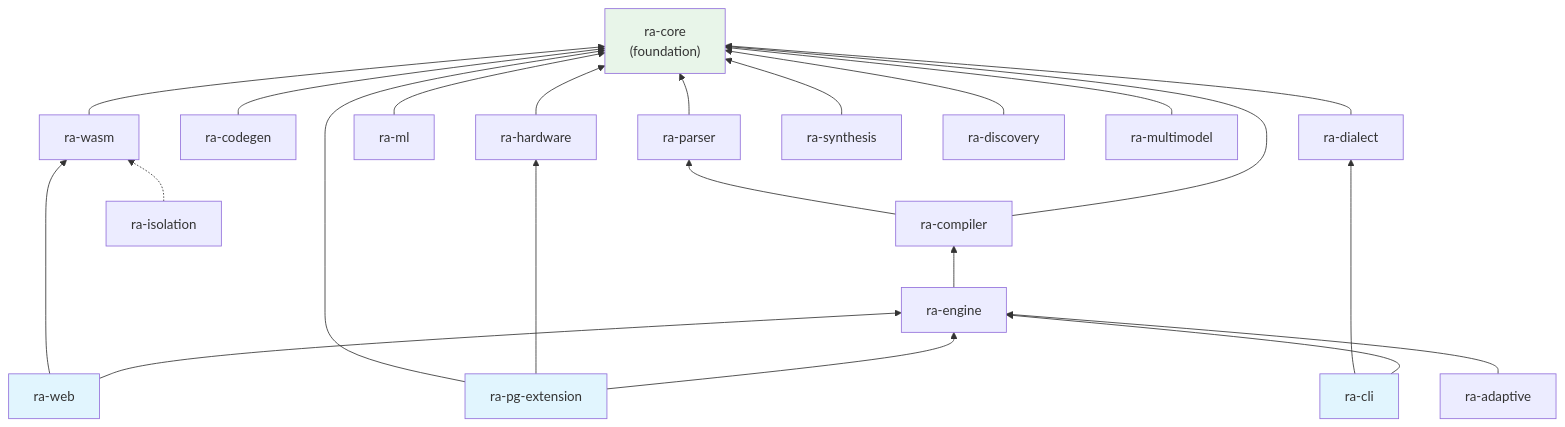
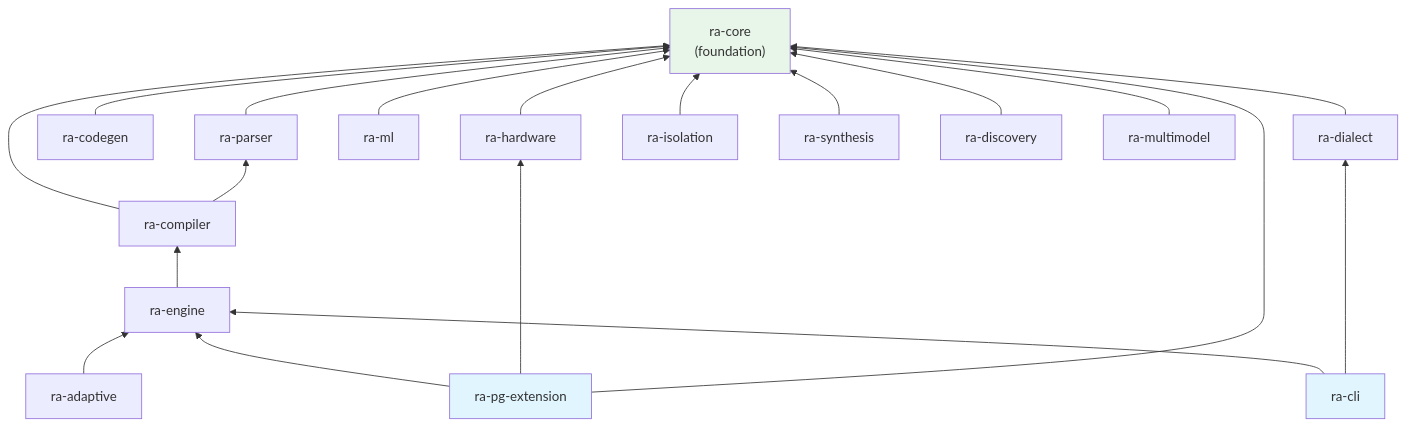
One commit to gburd/ra changed the third of 7 diagrams in docs/features/platform-architecture.md. Above: the diagram before and after it, drawn with Mermaid. The commit also changed other lines of this file and 49 other files, not shown here.

First line of the commit message:
update documentation for layered architecture reorganization

````diff
--- a/docs/features/platform-architecture.md
+++ b/docs/features/platform-architecture.md
@@ -87,30 +76,26 @@
 ```mermaid
 graph BT
     Core["ra-core<br/>(foundation)"]
     Parser["ra-parser"] --> Core
     Compiler["ra-compiler"] --> Core
     Compiler --> Parser
     Engine["ra-engine"] --> Compiler
     Codegen["ra-codegen"] --> Core
     Hardware["ra-hardware"] --> Core
     ML["ra-ml"] --> Core
     Adaptive["ra-adaptive"] --> Engine
     Dialect["ra-dialect"] --> Core
-    WasmCrate["ra-wasm"] --> Core
-    Isolation["ra-isolation"] -.-> WasmCrate
+    Isolation["ra-isolation"] --> Core
     Synthesis["ra-synthesis"] --> Core
     Discovery["ra-discovery"] --> Core
     Multimodel["ra-multimodel"] --> Core
     PGExt["ra-pg-extension"] --> Engine
     PGExt --> Hardware
     PGExt --> Core
     CLI["ra-cli"] --> Engine
     CLI --> Dialect
-    WebCrate["ra-web"] --> Engine
-    WebCrate --> WasmCrate
 
     style Core fill:#e8f5e9
     style CLI fill:#e1f5fe
-    style WebCrate fill:#e1f5fe
     style PGExt fill:#e1f5fe
 ```
````
